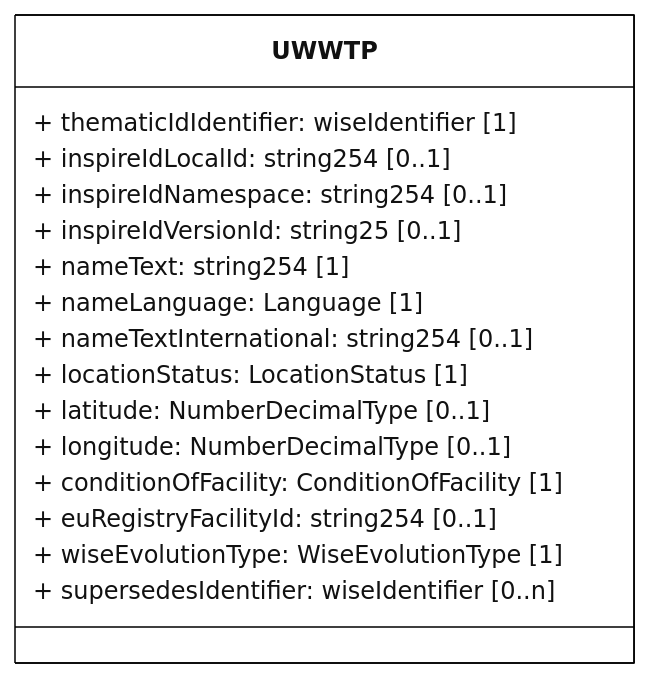
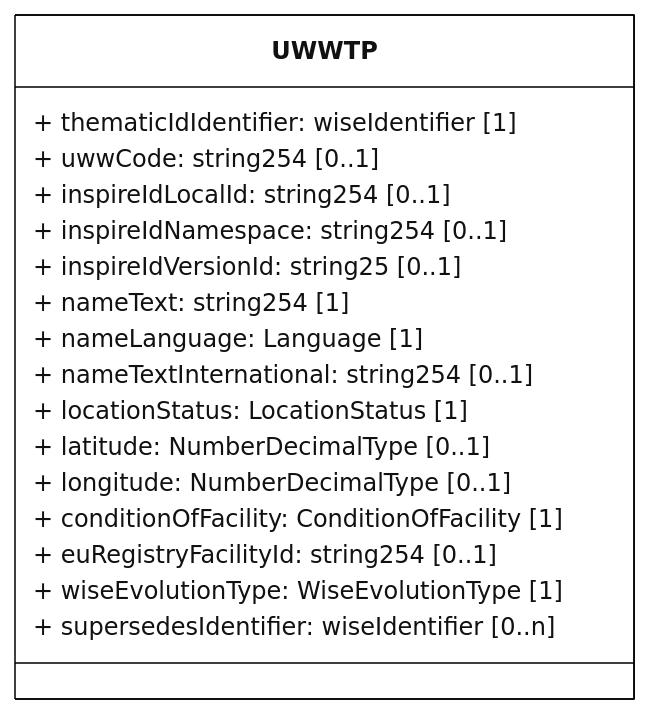
Before and after one commit to eeadata/WISE.UWWTD.Documentation: the diagram in docs/rUWWTD2024/SpatialPoints/mmd/SpatialPoints_UWWTP_ClassDiagram.mmd, drawn with Mermaid. The commit also changed 12 other files, not shown here.

```diff
--- a/docs/rUWWTD2024/SpatialPoints/mmd/SpatialPoints_UWWTP_ClassDiagram.mmd
+++ b/docs/rUWWTD2024/SpatialPoints/mmd/SpatialPoints_UWWTP_ClassDiagram.mmd
@@ -1,28 +1,29 @@
 ---
 config:
   class:
     hideEmptyMembersBox: true
   layout: dagre
   theme: neutral
 ---
 classDiagram
 direction LR
 class UWWTP {
     + thematicIdIdentifier: wiseIdentifier [1]
+    + uwwCode: string254 [0..1]
     + inspireIdLocalId: string254 [0..1]
     + inspireIdNamespace: string254 [0..1]
     + inspireIdVersionId: string25 [0..1]
     + nameText: string254 [1]
     + nameLanguage: Language [1]
     + nameTextInternational: string254 [0..1]
     + locationStatus: LocationStatus [1]
     + latitude: NumberDecimalType [0..1]
     + longitude: NumberDecimalType [0..1]
     + conditionOfFacility: ConditionOfFacility [1]
     + euRegistryFacilityId: string254 [0..1]
     + wiseEvolutionType: WiseEvolutionType [1]
     + supersedesIdentifier: wiseIdentifier [0..n]
 }
 
 classDef default fill:white,stroke:#000;
 classDef forFixing fill:white,stroke:#f00;
```
